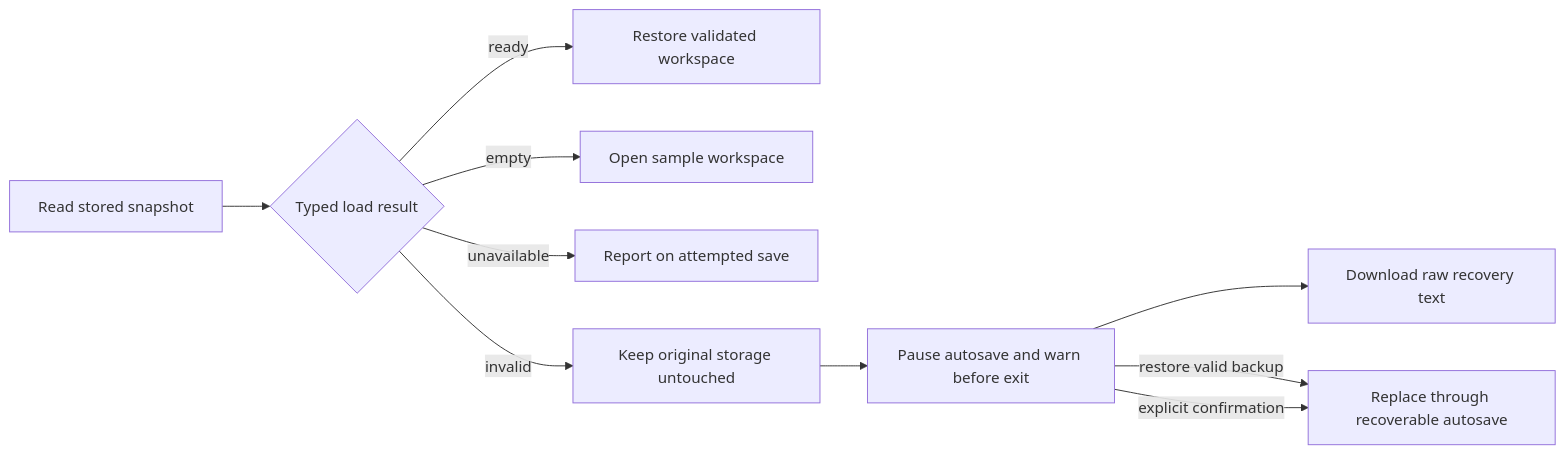
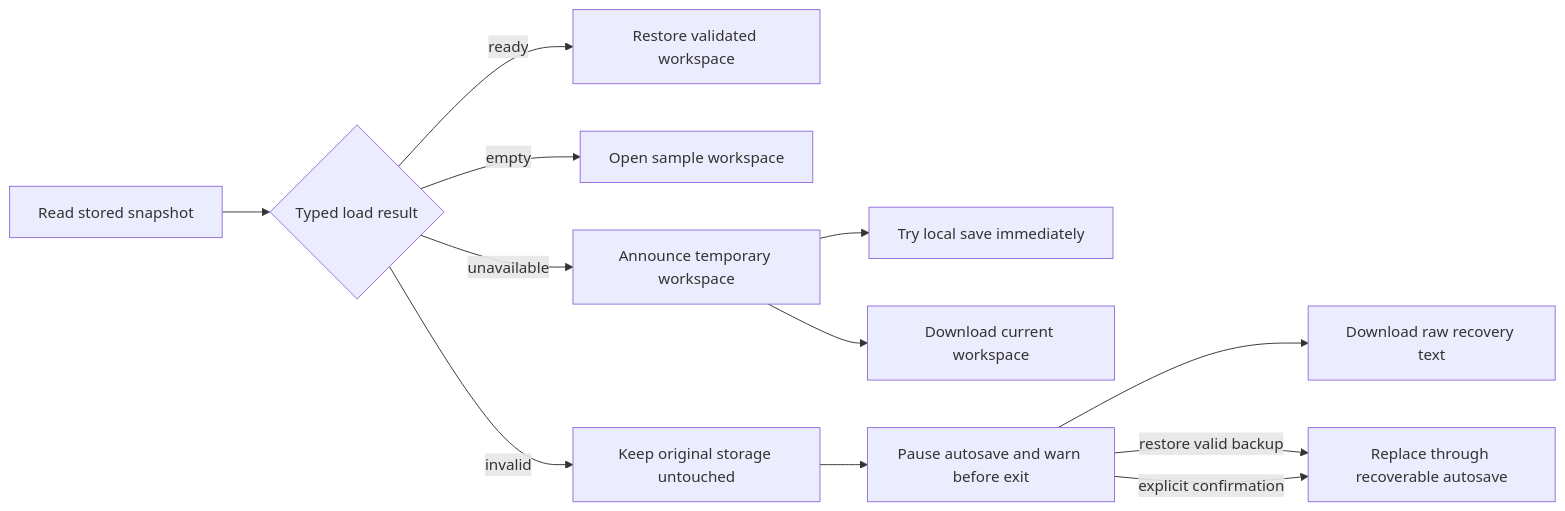
Before and after one commit to ASKR04/JavaScript: the fourth of 15 diagrams in signalforge/docs/architecture.md, drawn with Mermaid. The commit also changed other lines of this file and 7 other files, not shown here.

````diff
--- a/signalforge/docs/architecture.md
+++ b/signalforge/docs/architecture.md
@@ -79,12 +79,14 @@
 ```mermaid
 flowchart LR
     Read["Read stored snapshot"] --> Classify{"Typed load result"}
     Classify -->|ready| Restore["Restore validated workspace"]
     Classify -->|empty| Sample["Open sample workspace"]
-    Classify -->|unavailable| SaveError["Report on attempted save"]
+    Classify -->|unavailable| Temporary["Announce temporary workspace"]
+    Temporary --> Probe["Try local save immediately"]
+    Temporary --> Backup["Download current workspace"]
     Classify -->|invalid| Preserve["Keep original storage untouched"]
     Preserve --> Pause["Pause autosave and warn before exit"]
     Pause --> Download["Download raw recovery text"]
     Pause -->|restore valid backup| Replace["Replace through recoverable autosave"]
     Pause -->|explicit confirmation| Replace
 ```
````
